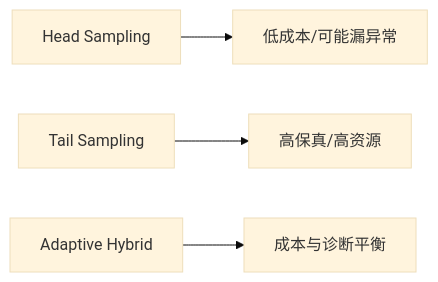
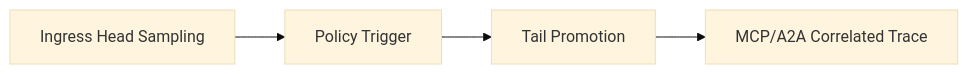
The second of 3 diagrams in workshops/azure-agent-infra/agent-observability-sampling-selection-faq.md (turbo998/ai-infra-lab), drawn with Mermaid (base theme) before and after one commit. The commit also changed other lines of this file and 29 other files, not shown here.

````diff
--- a/workshops/azure-agent-infra/agent-observability-sampling-selection-faq.md
+++ b/workshops/azure-agent-infra/agent-observability-sampling-selection-faq.md
@@ -42,6 +43,6 @@
 ```mermaid
 flowchart LR
-  H1[Head Sampling] --> H2[低成本/可能漏异常]
-  T1[Tail Sampling] --> T2[高保真/高资源]
-  A1[Adaptive Hybrid] --> A2[成本与诊断平衡]
+  P1[Ingress Head Sampling] --> P2[Policy Trigger]
+  P2 --> P3[Tail Promotion]
+  P3 --> P4[MCP/A2A Correlated Trace]
 ```
````
